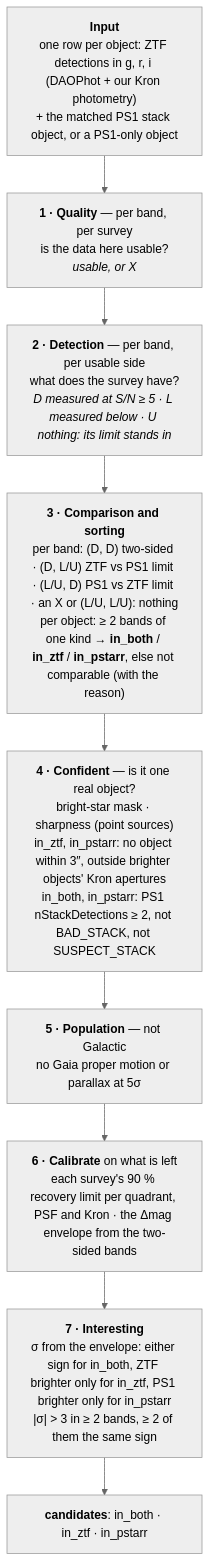
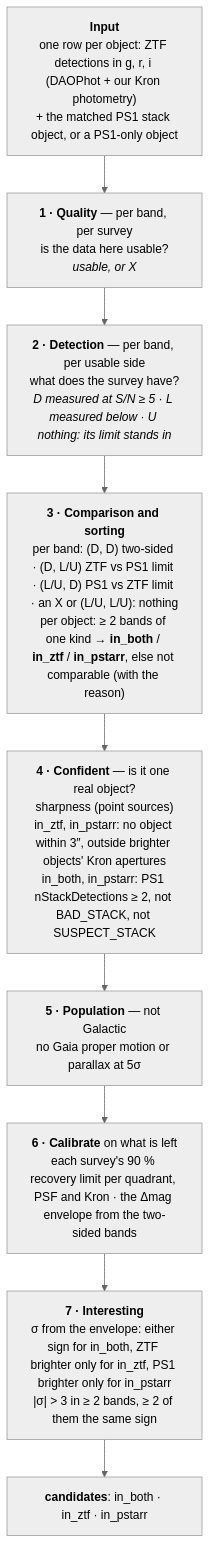
The diagram in README.md (Adam-Boesky/long_transients2), drawn with Mermaid (neutral theme) before and after one commit. The commit also changed other lines of this file and 4 other files, not shown here.

First line of the commit message:
Bright-star mask as a ZTF quality check: a masked ZTF side is X; no stored bright_star_masked

````diff
--- a/README.md
+++ b/README.md
@@ -5,13 +5,13 @@
 ```mermaid
 flowchart TD
     IN["<b>Input</b><br/>one row per object: ZTF detections in g, r, i (DAOPhot + our Kron photometry)<br/>+ the matched PS1 stack object, or a PS1-only object"]
     Q["<b>1 · Quality</b> — per band, per survey<br/>is the data here usable?<br/><i>usable, or X</i>"]
     D["<b>2 · Detection</b> — per band, per usable side<br/>what does the survey have?<br/><i>D measured at S/N ≥ 5 · L measured below · U nothing: its limit stands in</i>"]
     S["<b>3 · Comparison and sorting</b><br/>per band: (D, D) two-sided · (D, L/U) ZTF vs PS1 limit · (L/U, D) PS1 vs ZTF limit · an X or (L/U, L/U): nothing<br/>per object: ≥ 2 bands of one kind → <b>in_both</b> / <b>in_ztf</b> / <b>in_pstarr</b>, else not comparable (with the reason)"]
-    CONF["<b>4 · Confident</b> — is it one real object?<br/>bright-star mask · sharpness (point sources)<br/>in_ztf, in_pstarr: no object within 3″, outside brighter objects' Kron apertures<br/>in_both, in_pstarr: PS1 nStackDetections ≥ 2, not BAD_STACK, not SUSPECT_STACK"]
+    CONF["<b>4 · Confident</b> — is it one real object?<br/>sharpness (point sources)<br/>in_ztf, in_pstarr: no object within 3″, outside brighter objects' Kron apertures<br/>in_both, in_pstarr: PS1 nStackDetections ≥ 2, not BAD_STACK, not SUSPECT_STACK"]
     POP["<b>5 · Population</b> — not Galactic<br/>no Gaia proper motion or parallax at 5σ"]
     CAL["<b>6 · Calibrate</b> on what is left<br/>each survey's 90 % recovery limit per quadrant, PSF and Kron · the Δmag envelope from the two-sided bands"]
     INT["<b>7 · Interesting</b><br/>σ from the envelope: either sign for in_both, ZTF brighter only for in_ztf, PS1 brighter only for in_pstarr<br/>|σ| > 3 in ≥ 2 bands, ≥ 2 of them the same sign"]
     OUT["<b>candidates</b>: in_both · in_ztf · in_pstarr"]
     IN --> Q --> D --> S --> CONF --> POP --> CAL --> INT --> OUT
 ```
````
